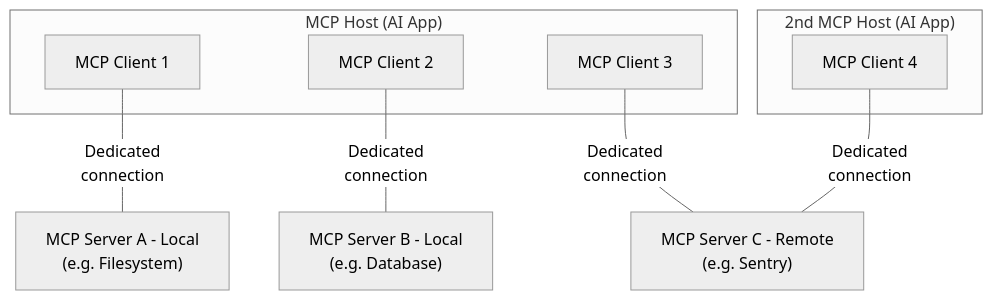
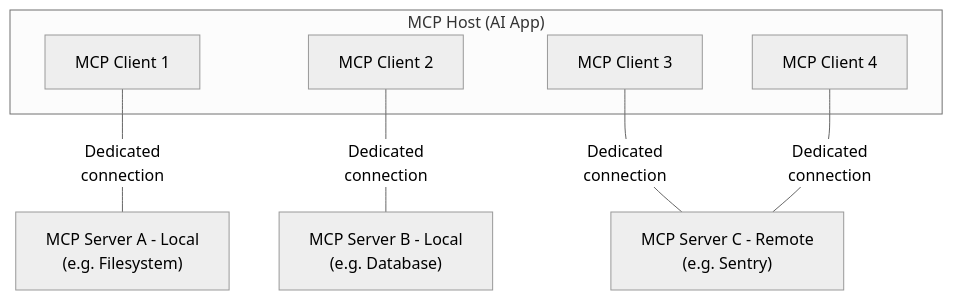
One commit to modelcontextprotocol/modelcontextprotocol changed the diagram in docs/docs/learn/architecture.mdx. Above: the diagram before and after it, drawn with Mermaid (neutral theme).

Commit message:
some further changes to architecture doc

````diff
--- a/docs/docs/learn/architecture.mdx
+++ b/docs/docs/learn/architecture.mdx
@@ -44,21 +44,18 @@
 ```mermaid
 graph TB
     subgraph "MCP Host (AI App)"
         Client1["MCP Client 1"]
         Client2["MCP Client 2"]
         Client3["MCP Client 3"]
-    end
-
-    subgraph "2nd MCP Host (AI App)"
         Client4["MCP Client 4"]
     end
 
     ServerA["MCP Server A - Local<br/>(e.g. Filesystem)"]
     ServerB["MCP Server B - Local<br/>(e.g. Database)"]
     ServerC["MCP Server C - Remote<br/>(e.g. Sentry)"]
 
     Client1 ---|"Dedicated<br/>connection"| ServerA
     Client2 ---|"Dedicated<br/>connection"| ServerB
     Client3 ---|"Dedicated<br/>connection"| ServerC
     Client4 ---|"Dedicated<br/>connection"| ServerC
 ```
````
